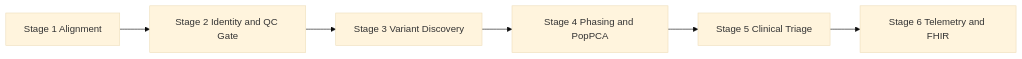
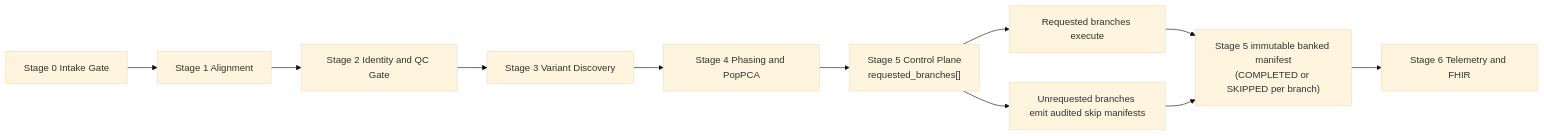
One commit to jmorganknight/nf_Gen_Var_Pipe changed the diagram in README.md. Above: the diagram before and after it, drawn with Mermaid (base theme). The commit also changed other lines of this file and 4 other files, not shown here.

First line of the commit message:
Update stage documentation for fail-closed Stage 5 control-plane routing

````diff
--- a/README.md
+++ b/README.md
@@ -41,8 +51,13 @@
 ```mermaid
 flowchart LR
-		S1["Stage 1 Alignment"] --> S2["Stage 2 Identity and QC Gate"]
-		S2 --> S3["Stage 3 Variant Discovery"]
-		S3 --> S4["Stage 4 Phasing and PopPCA"]
-		S4 --> S5["Stage 5 Clinical Triage"]
-		S5 --> S6["Stage 6 Telemetry and FHIR"]
+	S0["Stage 0 Intake Gate"] --> S1["Stage 1 Alignment"]
+	S1 --> S2["Stage 2 Identity and QC Gate"]
+	S2 --> S3["Stage 3 Variant Discovery"]
+	S3 --> S4["Stage 4 Phasing and PopPCA"]
+	S4 --> CP["Stage 5 Control Plane\nrequested_branches[]"]
+	CP --> S5A["Requested branches execute"]
+	CP --> S5B["Unrequested branches emit audited skip manifests"]
+	S5A --> S5M["Stage 5 immutable banked manifest\n(COMPLETED or SKIPPED per branch)"]
+	S5B --> S5M
+	S5M --> S6["Stage 6 Telemetry and FHIR"]
 ```
````
